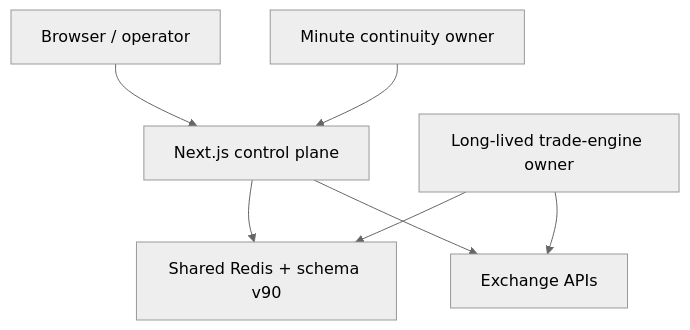
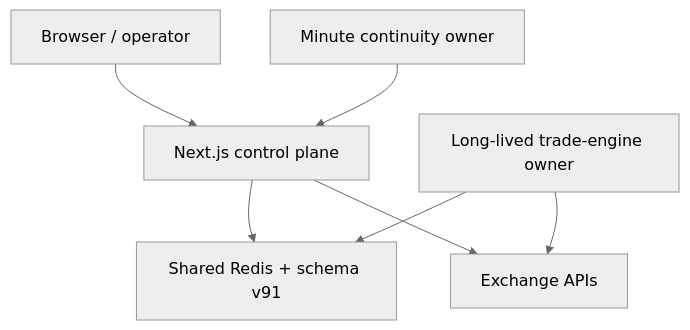
The diagram in docs/recreation/architecture.md (mxssnx-creator/CTS-K-N), drawn with Mermaid (neutral theme) before and after one commit. The commit also changed 82 other files, not shown here.

````diff
--- a/docs/recreation/architecture.md
+++ b/docs/recreation/architecture.md
@@ -7,9 +7,9 @@
 ```mermaid
 flowchart TB
   U["Browser / operator"] --> W["Next.js control plane"]
-  W --> R["Shared Redis + schema v90"]
+  W --> R["Shared Redis + schema v91"]
   C["Minute continuity owner"] --> W
   E["Long-lived trade-engine owner"] --> R
   E --> X["Exchange APIs"]
   W --> X
 ```
````
